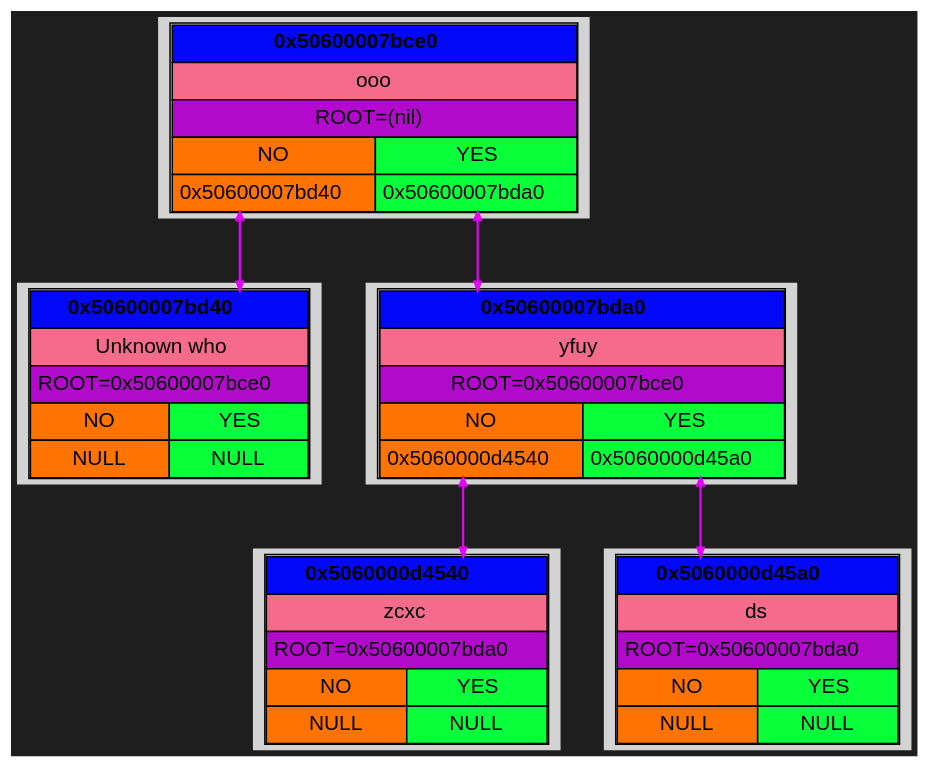
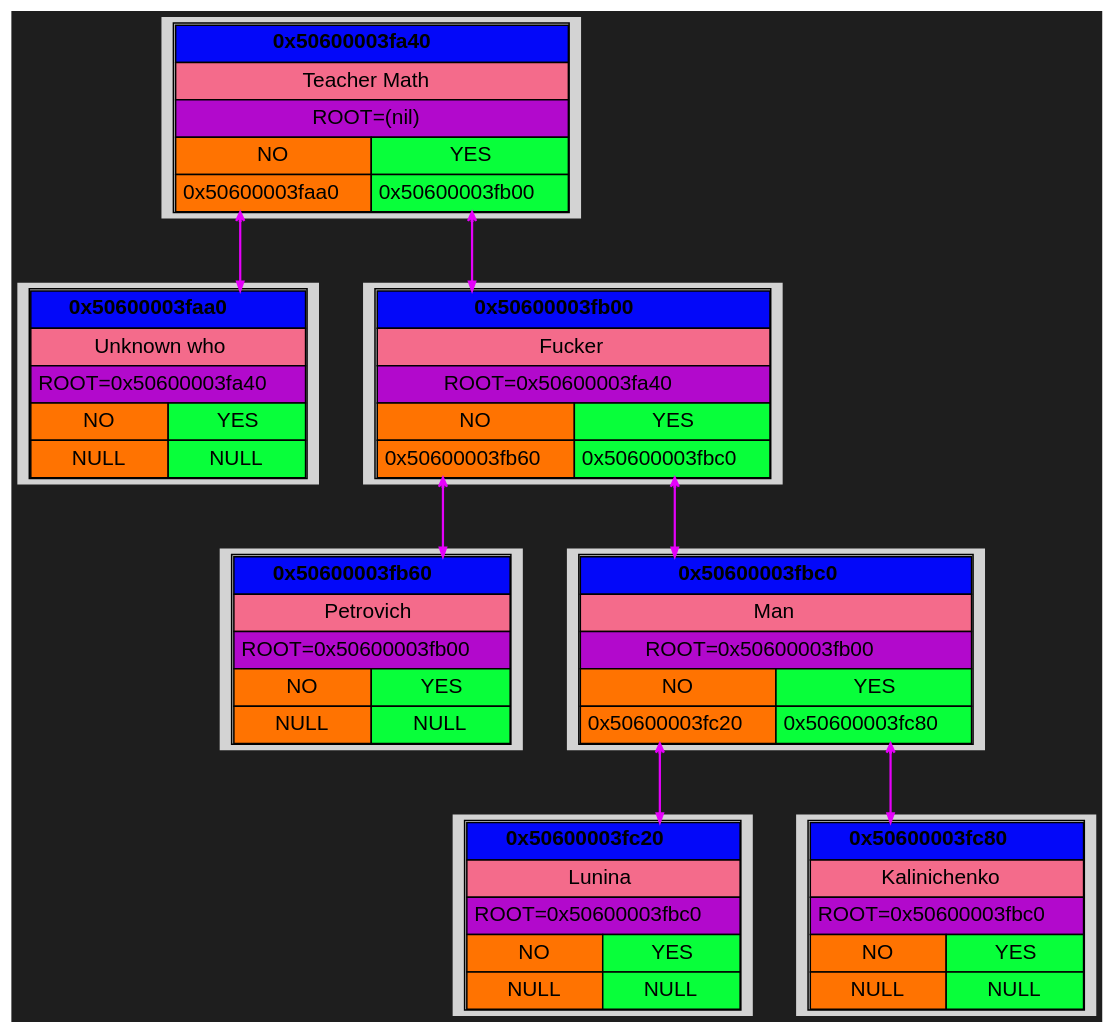
Before and after one commit to Kabuto-Mainer/Akinator: the diagram in DUMPS/DUMP_1/graph.dot, drawn with Graphviz. The commit also changed 1261 other files, not shown here.

```diff
--- a/DUMPS/DUMP_1/graph.dot
+++ b/DUMPS/DUMP_1/graph.dot
@@ -1,75 +1,101 @@
 digraph {
   rankdir=UD;
   bgcolor="#1e1e1e"
   splines=ortho;
   nodesep=0.4;
   ranksep=0.6;
   node [shape=plaintext, style=filled, fontname="Helvetica"];
   edge [arrowhead=vee, arrowsize=0.6, penwidth=1.2];
 
-block_0x50600007bd40 [label=<
+block_0x50600003faa0 [label=<
 <TABLE CELLSPACING="0" CELLPADDING="4">
-<TR><TD PORT="root" BGCOLOR="#0308f9ff" COLSPAN="2"><B>0x50600007bd40</B></TD></TR>
+<TR><TD PORT="root" BGCOLOR="#0308f9ff" COLSPAN="2"><B>0x50600003faa0</B></TD></TR>
 <TR><TD BGCOLOR="#f46b8bff" COLSPAN="2">Unknown who</TD></TR>
-<TR><TD BGCOLOR="#b209ccff" COLSPAN="2">ROOT=0x50600007bce0</TD></TR>
+<TR><TD BGCOLOR="#b209ccff" COLSPAN="2">ROOT=0x50600003fa40</TD></TR>
 <TR><TD BGCOLOR="#ff7301ff">NO</TD><TD BGCOLOR="#08ff3aff">YES</TD></TR>
 <TR>
 <TD PORT="left" BGCOLOR="#ff7301ff">NULL</TD>
 <TD PORT="right" BGCOLOR="#08ff3aff">NULL</TD>
 </TR>
 </TABLE> >];
 
-block_0x5060000d4540 [label=<
+block_0x50600003fb60 [label=<
 <TABLE CELLSPACING="0" CELLPADDING="4">
-<TR><TD PORT="root" BGCOLOR="#0308f9ff" COLSPAN="2"><B>0x5060000d4540</B></TD></TR>
-<TR><TD BGCOLOR="#f46b8bff" COLSPAN="2">zcxc</TD></TR>
-<TR><TD BGCOLOR="#b209ccff" COLSPAN="2">ROOT=0x50600007bda0</TD></TR>
+<TR><TD PORT="root" BGCOLOR="#0308f9ff" COLSPAN="2"><B>0x50600003fb60</B></TD></TR>
+<TR><TD BGCOLOR="#f46b8bff" COLSPAN="2">Petrovich</TD></TR>
+<TR><TD BGCOLOR="#b209ccff" COLSPAN="2">ROOT=0x50600003fb00</TD></TR>
 <TR><TD BGCOLOR="#ff7301ff">NO</TD><TD BGCOLOR="#08ff3aff">YES</TD></TR>
 <TR>
 <TD PORT="left" BGCOLOR="#ff7301ff">NULL</TD>
 <TD PORT="right" BGCOLOR="#08ff3aff">NULL</TD>
 </TR>
 </TABLE> >];
 
-block_0x5060000d45a0 [label=<
+block_0x50600003fc20 [label=<
 <TABLE CELLSPACING="0" CELLPADDING="4">
-<TR><TD PORT="root" BGCOLOR="#0308f9ff" COLSPAN="2"><B>0x5060000d45a0</B></TD></TR>
-<TR><TD BGCOLOR="#f46b8bff" COLSPAN="2">ds</TD></TR>
-<TR><TD BGCOLOR="#b209ccff" COLSPAN="2">ROOT=0x50600007bda0</TD></TR>
+<TR><TD PORT="root" BGCOLOR="#0308f9ff" COLSPAN="2"><B>0x50600003fc20</B></TD></TR>
+<TR><TD BGCOLOR="#f46b8bff" COLSPAN="2">Lunina</TD></TR>
+<TR><TD BGCOLOR="#b209ccff" COLSPAN="2">ROOT=0x50600003fbc0</TD></TR>
 <TR><TD BGCOLOR="#ff7301ff">NO</TD><TD BGCOLOR="#08ff3aff">YES</TD></TR>
 <TR>
 <TD PORT="left" BGCOLOR="#ff7301ff">NULL</TD>
 <TD PORT="right" BGCOLOR="#08ff3aff">NULL</TD>
 </TR>
 </TABLE> >];
 
-block_0x50600007bda0 [label=<
+block_0x50600003fc80 [label=<
 <TABLE CELLSPACING="0" CELLPADDING="4">
-<TR><TD PORT="root" BGCOLOR="#0308f9ff" COLSPAN="2"><B>0x50600007bda0</B></TD></TR>
-<TR><TD BGCOLOR="#f46b8bff" COLSPAN="2">yfuy</TD></TR>
-<TR><TD BGCOLOR="#b209ccff" COLSPAN="2">ROOT=0x50600007bce0</TD></TR>
+<TR><TD PORT="root" BGCOLOR="#0308f9ff" COLSPAN="2"><B>0x50600003fc80</B></TD></TR>
+<TR><TD BGCOLOR="#f46b8bff" COLSPAN="2">Kalinichenko</TD></TR>
+<TR><TD BGCOLOR="#b209ccff" COLSPAN="2">ROOT=0x50600003fbc0</TD></TR>
 <TR><TD BGCOLOR="#ff7301ff">NO</TD><TD BGCOLOR="#08ff3aff">YES</TD></TR>
 <TR>
-<TD PORT="left" BGCOLOR="#ff7301ff">0x5060000d4540</TD>
-<TD PORT="right" BGCOLOR="#08ff3aff">0x5060000d45a0</TD>
+<TD PORT="left" BGCOLOR="#ff7301ff">NULL</TD>
+<TD PORT="right" BGCOLOR="#08ff3aff">NULL</TD>
 </TR>
 </TABLE> >];
 
-block_0x50600007bce0 [label=<
+block_0x50600003fbc0 [label=<
 <TABLE CELLSPACING="0" CELLPADDING="4">
-<TR><TD PORT="root" BGCOLOR="#0308f9ff" COLSPAN="2"><B>0x50600007bce0</B></TD></TR>
-<TR><TD BGCOLOR="#f46b8bff" COLSPAN="2">ooo</TD></TR>
+<TR><TD PORT="root" BGCOLOR="#0308f9ff" COLSPAN="2"><B>0x50600003fbc0</B></TD></TR>
+<TR><TD BGCOLOR="#f46b8bff" COLSPAN="2">Man</TD></TR>
+<TR><TD BGCOLOR="#b209ccff" COLSPAN="2">ROOT=0x50600003fb00</TD></TR>
+<TR><TD BGCOLOR="#ff7301ff">NO</TD><TD BGCOLOR="#08ff3aff">YES</TD></TR>
+<TR>
+<TD PORT="left" BGCOLOR="#ff7301ff">0x50600003fc20</TD>
+<TD PORT="right" BGCOLOR="#08ff3aff">0x50600003fc80</TD>
+</TR>
+</TABLE> >];
+
+block_0x50600003fb00 [label=<
+<TABLE CELLSPACING="0" CELLPADDING="4">
+<TR><TD PORT="root" BGCOLOR="#0308f9ff" COLSPAN="2"><B>0x50600003fb00</B></TD></TR>
+<TR><TD BGCOLOR="#f46b8bff" COLSPAN="2">Fucker</TD></TR>
+<TR><TD BGCOLOR="#b209ccff" COLSPAN="2">ROOT=0x50600003fa40</TD></TR>
+<TR><TD BGCOLOR="#ff7301ff">NO</TD><TD BGCOLOR="#08ff3aff">YES</TD></TR>
+<TR>
+<TD PORT="left" BGCOLOR="#ff7301ff">0x50600003fb60</TD>
+<TD PORT="right" BGCOLOR="#08ff3aff">0x50600003fbc0</TD>
+</TR>
+</TABLE> >];
+
+block_0x50600003fa40 [label=<
+<TABLE CELLSPACING="0" CELLPADDING="4">
+<TR><TD PORT="root" BGCOLOR="#0308f9ff" COLSPAN="2"><B>0x50600003fa40</B></TD></TR>
+<TR><TD BGCOLOR="#f46b8bff" COLSPAN="2">Teacher Math</TD></TR>
 <TR><TD BGCOLOR="#b209ccff" COLSPAN="2">ROOT=(nil)</TD></TR>
 <TR><TD BGCOLOR="#ff7301ff">NO</TD><TD BGCOLOR="#08ff3aff">YES</TD></TR>
 <TR>
-<TD PORT="left" BGCOLOR="#ff7301ff">0x50600007bd40</TD>
-<TD PORT="right" BGCOLOR="#08ff3aff">0x50600007bda0</TD>
+<TD PORT="left" BGCOLOR="#ff7301ff">0x50600003faa0</TD>
+<TD PORT="right" BGCOLOR="#08ff3aff">0x50600003fb00</TD>
 </TR>
 </TABLE> >];
 
-block_0x50600007bda0:right -> block_0x5060000d45a0:root [color="#e501faff", penwidth = 1.5, arrowsize = 0.6, constraint = true, dir = both];
-block_0x50600007bda0:left -> block_0x5060000d4540:root [color="#e501faff", penwidth = 1.5, arrowsize = 0.6, constraint = true, dir = both];
-block_0x50600007bce0:right -> block_0x50600007bda0:root [color="#e501faff", penwidth = 1.5, arrowsize = 0.6, constraint = true, dir = both];
-block_0x50600007bce0:left -> block_0x50600007bd40:root [color="#e501faff", penwidth = 1.5, arrowsize = 0.6, constraint = true, dir = both];
+block_0x50600003fbc0:right -> block_0x50600003fc80:root [color="#e501faff", penwidth = 1.5, arrowsize = 0.6, constraint = true, dir = both];
+block_0x50600003fbc0:left -> block_0x50600003fc20:root [color="#e501faff", penwidth = 1.5, arrowsize = 0.6, constraint = true, dir = both];
+block_0x50600003fb00:right -> block_0x50600003fbc0:root [color="#e501faff", penwidth = 1.5, arrowsize = 0.6, constraint = true, dir = both];
+block_0x50600003fb00:left -> block_0x50600003fb60:root [color="#e501faff", penwidth = 1.5, arrowsize = 0.6, constraint = true, dir = both];
+block_0x50600003fa40:right -> block_0x50600003fb00:root [color="#e501faff", penwidth = 1.5, arrowsize = 0.6, constraint = true, dir = both];
+block_0x50600003fa40:left -> block_0x50600003faa0:root [color="#e501faff", penwidth = 1.5, arrowsize = 0.6, constraint = true, dir = both];
 
 }
```
